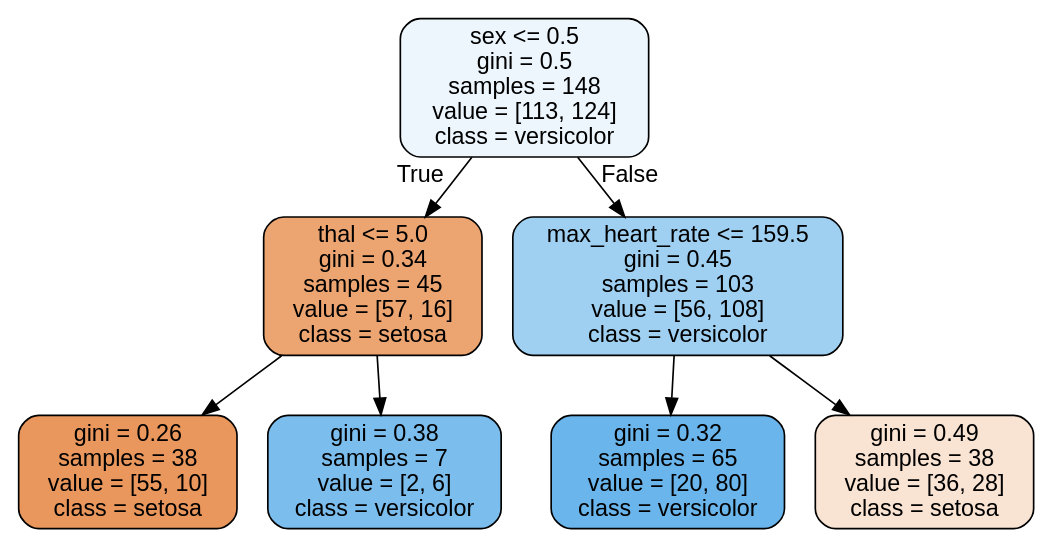
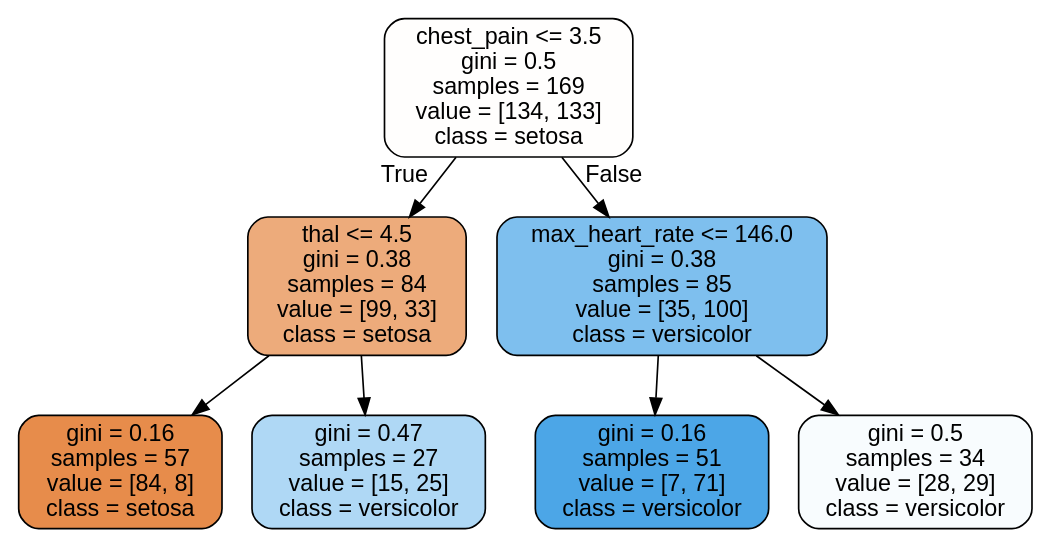
The diagram in notebooks/tree.dot (LoomisLoud/explain-ml), drawn with Graphviz before and after one commit. The commit also changed 2 other files, not shown here.

```diff
--- a/notebooks/tree.dot
+++ b/notebooks/tree.dot
@@ -1,17 +1,17 @@
 digraph Tree {
 node [shape=box, style="filled, rounded", color="black", fontname=helvetica] ;
 edge [fontname=helvetica] ;
-0 [label="sex <= 0.5\ngini = 0.5\nsamples = 148\nvalue = [113, 124]\nclass = versicolor", fillcolor="#399de517"] ;
-1 [label="thal <= 5.0\ngini = 0.34\nsamples = 45\nvalue = [57, 16]\nclass = setosa", fillcolor="#e58139b7"] ;
+0 [label="chest_pain <= 3.5\ngini = 0.5\nsamples = 169\nvalue = [134, 133]\nclass = setosa", fillcolor="#e5813902"] ;
+1 [label="thal <= 4.5\ngini = 0.38\nsamples = 84\nvalue = [99, 33]\nclass = setosa", fillcolor="#e58139aa"] ;
 0 -> 1 [labeldistance=2.5, labelangle=45, headlabel="True"] ;
-2 [label="gini = 0.26\nsamples = 38\nvalue = [55, 10]\nclass = setosa", fillcolor="#e58139d1"] ;
+2 [label="gini = 0.16\nsamples = 57\nvalue = [84, 8]\nclass = setosa", fillcolor="#e58139e7"] ;
 1 -> 2 ;
-3 [label="gini = 0.38\nsamples = 7\nvalue = [2, 6]\nclass = versicolor", fillcolor="#399de5aa"] ;
+3 [label="gini = 0.47\nsamples = 27\nvalue = [15, 25]\nclass = versicolor", fillcolor="#399de566"] ;
 1 -> 3 ;
-4 [label="max_heart_rate <= 159.5\ngini = 0.45\nsamples = 103\nvalue = [56, 108]\nclass = versicolor", fillcolor="#399de57b"] ;
+4 [label="max_heart_rate <= 146.0\ngini = 0.38\nsamples = 85\nvalue = [35, 100]\nclass = versicolor", fillcolor="#399de5a6"] ;
 0 -> 4 [labeldistance=2.5, labelangle=-45, headlabel="False"] ;
-5 [label="gini = 0.32\nsamples = 65\nvalue = [20, 80]\nclass = versicolor", fillcolor="#399de5bf"] ;
+5 [label="gini = 0.16\nsamples = 51\nvalue = [7, 71]\nclass = versicolor", fillcolor="#399de5e6"] ;
 4 -> 5 ;
-6 [label="gini = 0.49\nsamples = 38\nvalue = [36, 28]\nclass = setosa", fillcolor="#e5813939"] ;
+6 [label="gini = 0.5\nsamples = 34\nvalue = [28, 29]\nclass = versicolor", fillcolor="#399de509"] ;
 4 -> 6 ;
 }
```
